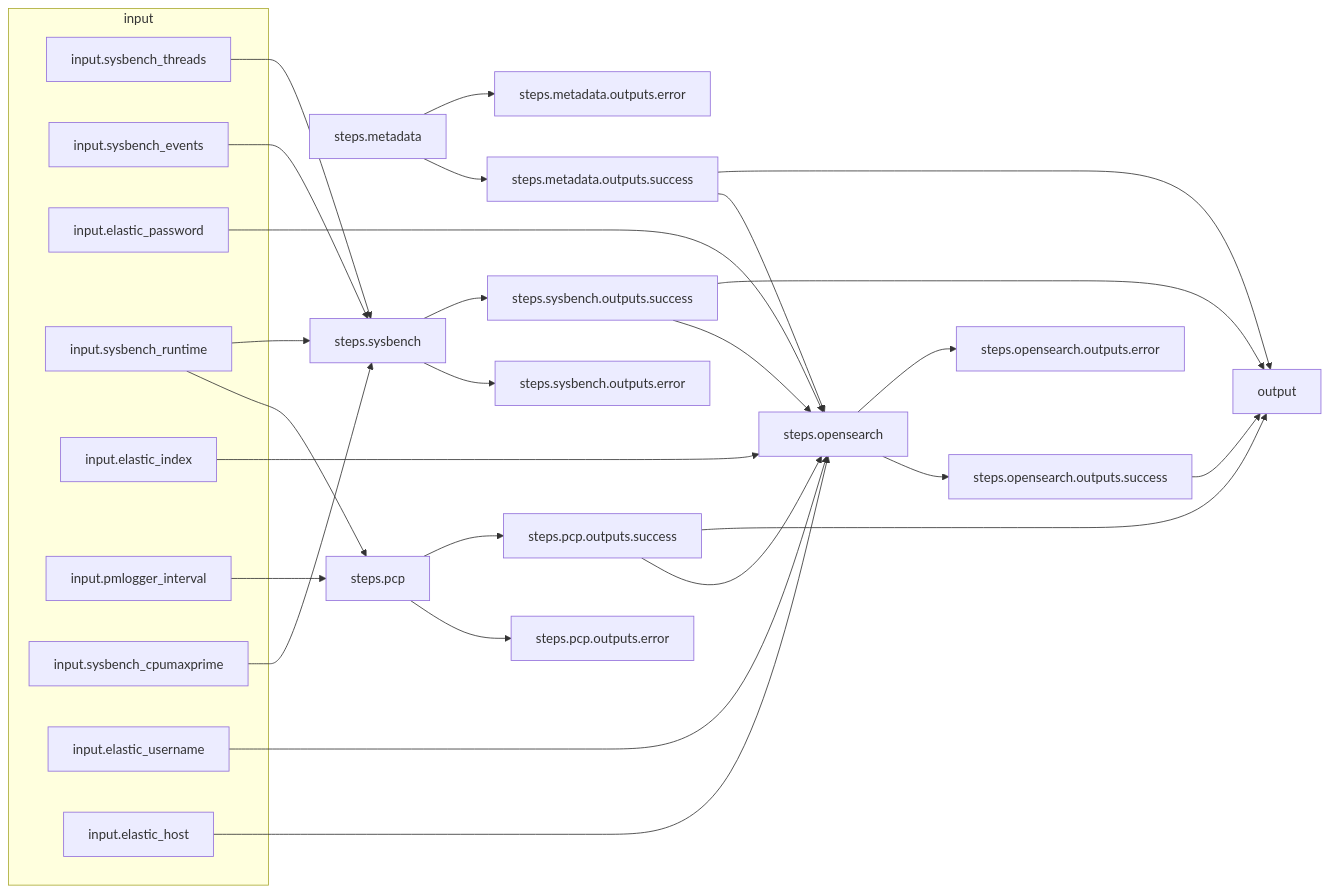
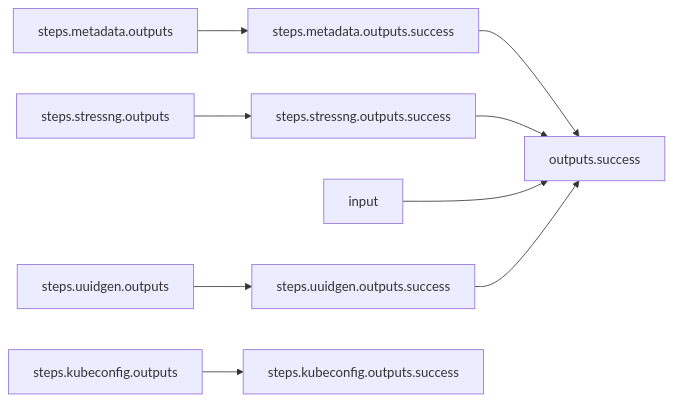
Before and after one commit to arcalot/arcaflow-workflows: the diagram in system-performance/stressng-k8s/README.md, drawn with Mermaid. The commit also changed other lines of this file, not shown here.

````diff
--- a/system-performance/stressng-k8s/README.md
+++ b/system-performance/stressng-k8s/README.md
@@ -67,39 +41,11 @@
 ```mermaid
 flowchart LR
-subgraph input
-input.sysbench_threads
-input.sysbench_events
-input.elastic_password
-input.sysbench_runtime
-input.elastic_index
-input.pmlogger_interval
-input.sysbench_cpumaxprime
-input.elastic_username
-input.elastic_host
-end
-steps.metadata-->steps.metadata.outputs.success
-steps.metadata-->steps.metadata.outputs.error
-input.elastic_password-->steps.opensearch
-steps.opensearch.outputs.success-->output
-steps.pcp.outputs.success-->steps.opensearch
-steps.pcp.outputs.success-->output
-input.pmlogger_interval-->steps.pcp
-steps.sysbench.outputs.success-->steps.opensearch
-steps.sysbench.outputs.success-->output
-steps.metadata.outputs.success-->steps.opensearch
-steps.metadata.outputs.success-->output
-input.elastic_index-->steps.opensearch
-input.sysbench_runtime-->steps.pcp
-input.sysbench_runtime-->steps.sysbench
-input.elastic_host-->steps.opensearch
-input.elastic_username-->steps.opensearch
-input.sysbench_events-->steps.sysbench
-input.sysbench_cpumaxprime-->steps.sysbench
-steps.opensearch-->steps.opensearch.outputs.success
-steps.opensearch-->steps.opensearch.outputs.error
-input.sysbench_threads-->steps.sysbench
-steps.pcp-->steps.pcp.outputs.error
-steps.pcp-->steps.pcp.outputs.success
-steps.sysbench-->steps.sysbench.outputs.error
-steps.sysbench-->steps.sysbench.outputs.success
+steps.metadata.outputs.success-->outputs.success
+steps.stressng.outputs.success-->outputs.success
+input-->outputs.success
+steps.metadata.outputs-->steps.metadata.outputs.success
+steps.stressng.outputs-->steps.stressng.outputs.success
+steps.uuidgen.outputs.success-->outputs.success
+steps.uuidgen.outputs-->steps.uuidgen.outputs.success
+steps.kubeconfig.outputs-->steps.kubeconfig.outputs.success
 ```
````
